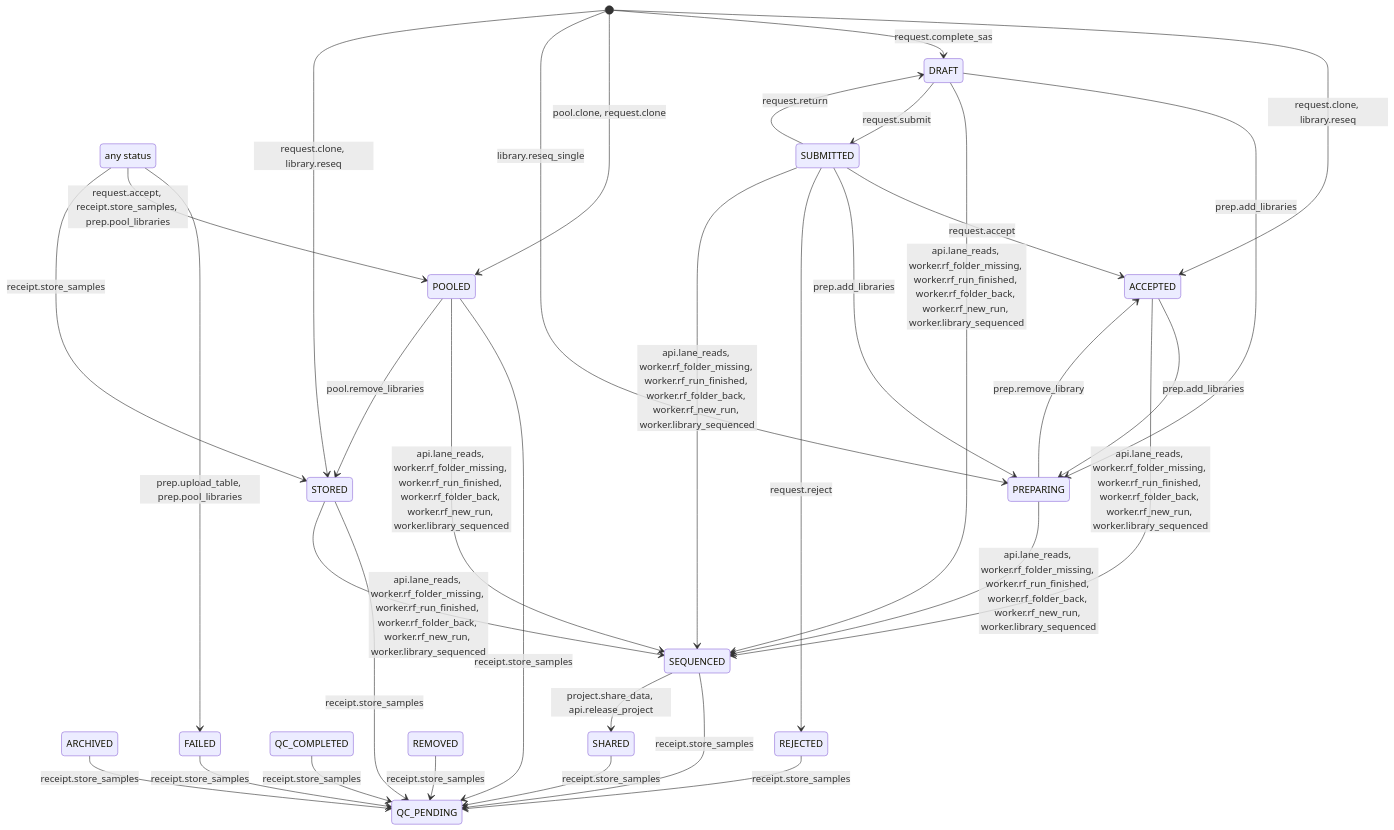
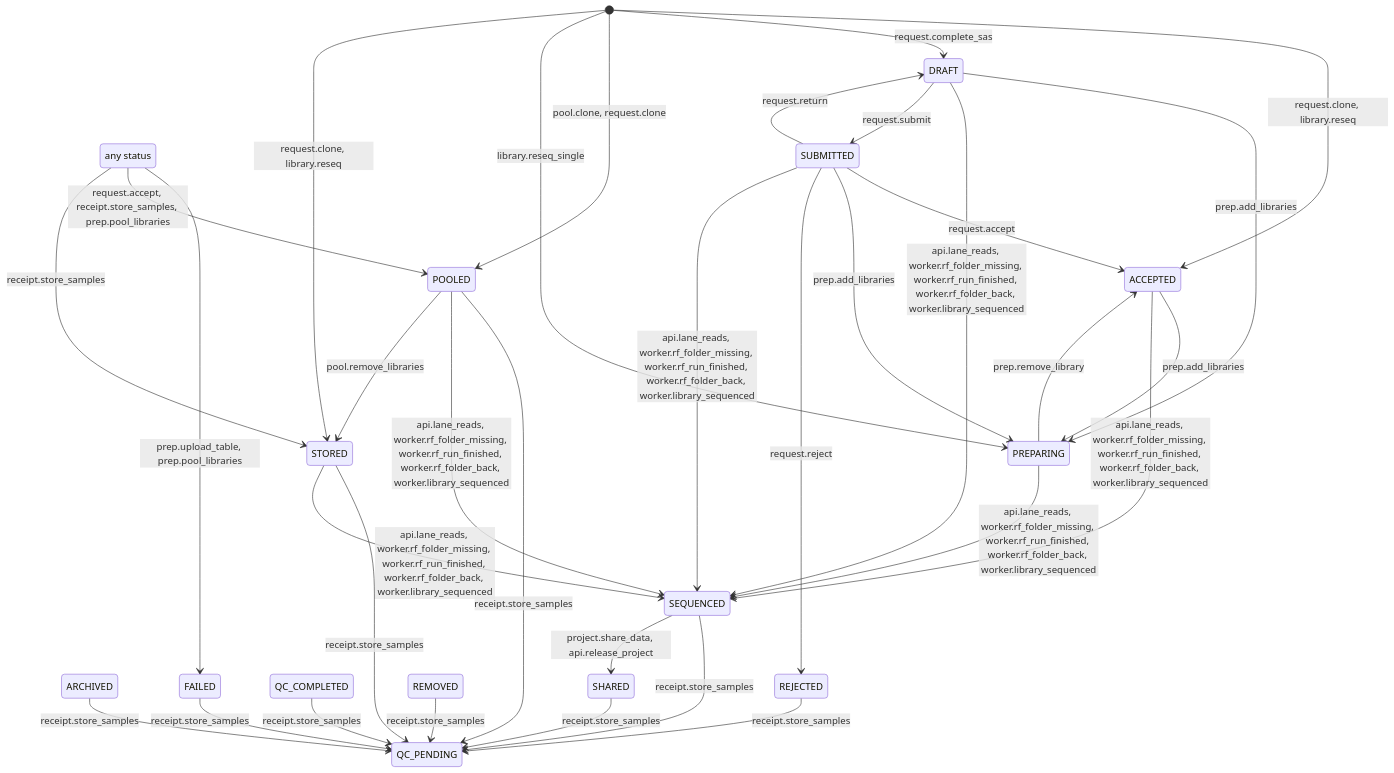
Before and after one commit to lutrarutra/opengsync-app: the fourth of 9 diagrams in docs/state-transitions.md, drawn with Mermaid. The commit also changed other lines of this file and 16 other files, not shown here.

````diff
--- a/docs/state-transitions.md
+++ b/docs/state-transitions.md
@@ -353,37 +353,37 @@
 ```mermaid
 stateDiagram-v2
     state "any status" as any
     ACCEPTED --> PREPARING : prep.add_libraries
-    ACCEPTED --> SEQUENCED : api.lane_reads, worker.rf_folder_missing, worker.rf_run_finished, worker.rf_folder_back, worker.rf_new_run, worker.library_sequenced
+    ACCEPTED --> SEQUENCED : api.lane_reads, worker.rf_folder_missing, worker.rf_run_finished, worker.rf_folder_back, worker.library_sequenced
     ARCHIVED --> QC_PENDING : receipt.store_samples
     DRAFT --> PREPARING : prep.add_libraries
-    DRAFT --> SEQUENCED : api.lane_reads, worker.rf_folder_missing, worker.rf_run_finished, worker.rf_folder_back, worker.rf_new_run, worker.library_sequenced
+    DRAFT --> SEQUENCED : api.lane_reads, worker.rf_folder_missing, worker.rf_run_finished, worker.rf_folder_back, worker.library_sequenced
     DRAFT --> SUBMITTED : request.submit
     FAILED --> QC_PENDING : receipt.store_samples
     POOLED --> QC_PENDING : receipt.store_samples
-    POOLED --> SEQUENCED : api.lane_reads, worker.rf_folder_missing, worker.rf_run_finished, worker.rf_folder_back, worker.rf_new_run, worker.library_sequenced
+    POOLED --> SEQUENCED : api.lane_reads, worker.rf_folder_missing, worker.rf_run_finished, worker.rf_folder_back, worker.library_sequenced
     POOLED --> STORED : pool.remove_libraries
     PREPARING --> ACCEPTED : prep.remove_library
-    PREPARING --> SEQUENCED : api.lane_reads, worker.rf_folder_missing, worker.rf_run_finished, worker.rf_folder_back, worker.rf_new_run, worker.library_sequenced
+    PREPARING --> SEQUENCED : api.lane_reads, worker.rf_folder_missing, worker.rf_run_finished, worker.rf_folder_back, worker.library_sequenced
     QC_COMPLETED --> QC_PENDING : receipt.store_samples
     REJECTED --> QC_PENDING : receipt.store_samples
     REMOVED --> QC_PENDING : receipt.store_samples
     SEQUENCED --> QC_PENDING : receipt.store_samples
     SEQUENCED --> SHARED : project.share_data, api.release_project
     SHARED --> QC_PENDING : receipt.store_samples
     STORED --> QC_PENDING : receipt.store_samples
-    STORED --> SEQUENCED : api.lane_reads, worker.rf_folder_missing, worker.rf_run_finished, worker.rf_folder_back, worker.rf_new_run, worker.library_sequenced
+    STORED --> SEQUENCED : api.lane_reads, worker.rf_folder_missing, worker.rf_run_finished, worker.rf_folder_back, worker.library_sequenced
     SUBMITTED --> ACCEPTED : request.accept
     SUBMITTED --> DRAFT : request.return
     SUBMITTED --> PREPARING : prep.add_libraries
     SUBMITTED --> REJECTED : request.reject
-    SUBMITTED --> SEQUENCED : api.lane_reads, worker.rf_folder_missing, worker.rf_run_finished, worker.rf_folder_back, worker.rf_new_run, worker.library_sequenced
+    SUBMITTED --> SEQUENCED : api.lane_reads, worker.rf_folder_missing, worker.rf_run_finished, worker.rf_folder_back, worker.library_sequenced
     [*] --> ACCEPTED : request.clone, library.reseq
     [*] --> DRAFT : request.complete_sas
     [*] --> POOLED : pool.clone, request.clone
     [*] --> PREPARING : library.reseq_single
     [*] --> STORED : request.clone, library.reseq
     any --> FAILED : prep.upload_table, prep.pool_libraries
     any --> POOLED : request.accept, receipt.store_samples, prep.pool_libraries
     any --> STORED : receipt.store_samples
 ```
````
